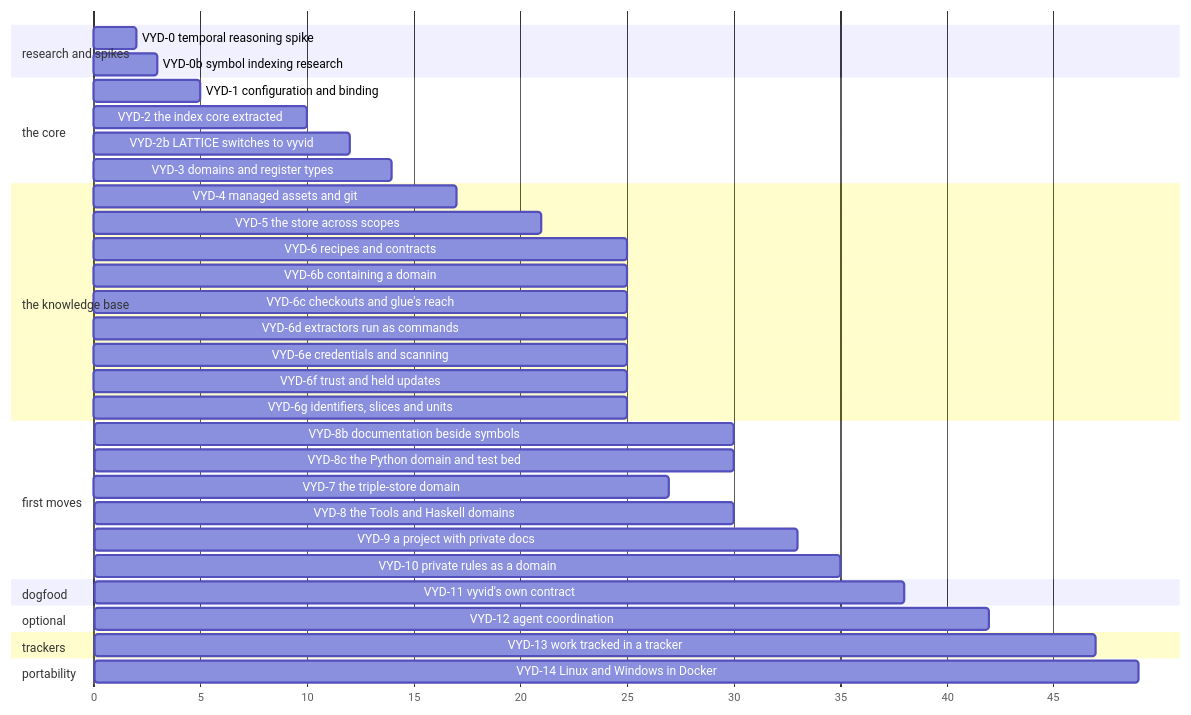
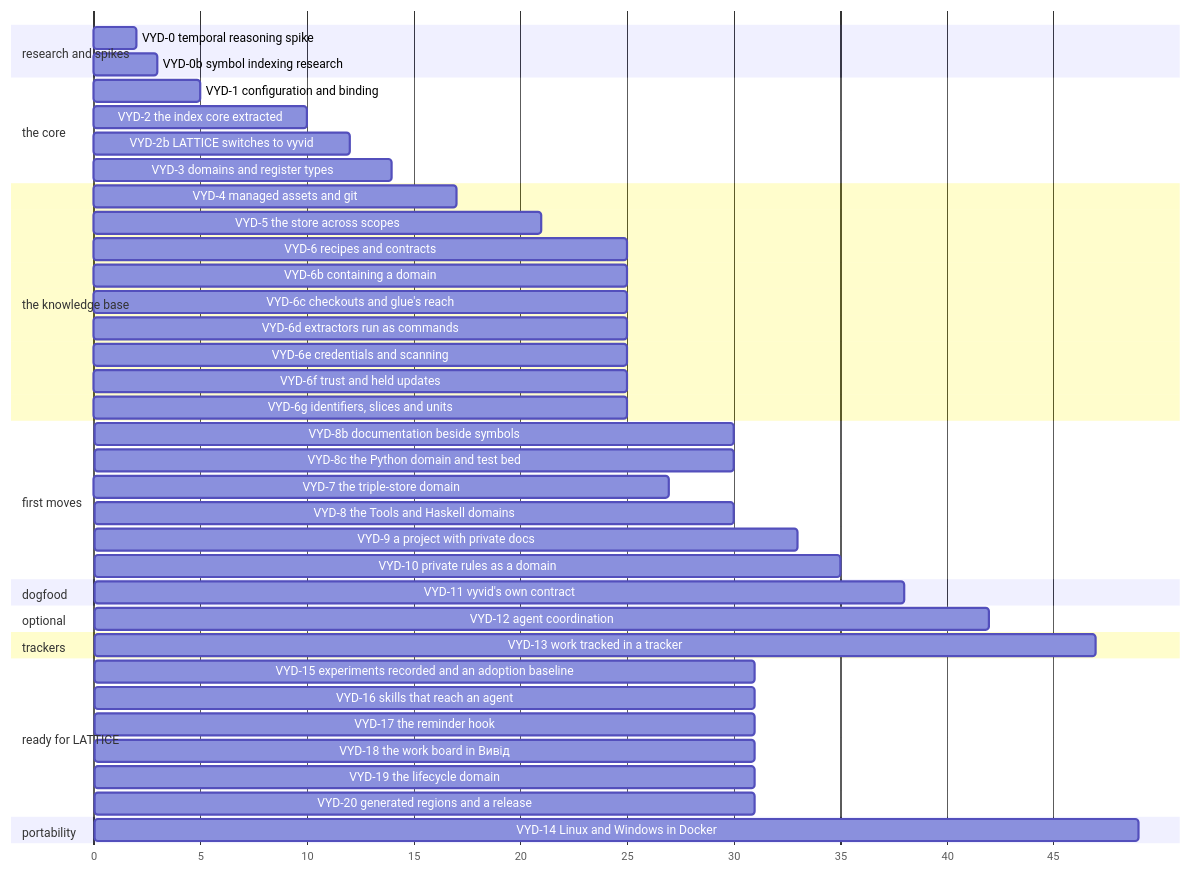
Before and after one commit to nebularis/vyvid: the diagram in docs/developer/plans/vyvid-framework.md, drawn with Mermaid. The commit also changed other lines of this file and 2 other files, not shown here.

Commit message:
Mark VYD-15 to VYD-20 building, the work before LATTICE's switch

````diff
--- a/docs/developer/plans/vyvid-framework.md
+++ b/docs/developer/plans/vyvid-framework.md
@@ -17,38 +17,45 @@
 ```mermaid
 gantt
   dateFormat X
   axisFormat %s
   section research and spikes
   VYD-0 temporal reasoning spike      :s0, 0, 2
   VYD-0b symbol indexing research     :s0b, 0, 3
   section the core
   VYD-1 configuration and binding     :s1, 2, 5
   VYD-2 the index core extracted      :s2, 5, 10
   VYD-2b LATTICE switches to vyvid    :s2b, 10, 12
   VYD-3 domains and register types    :s3, 10, 14
   section the knowledge base
   VYD-4 managed assets and git        :s4, 14, 17
   VYD-5 the store across scopes       :s5, 17, 21
   VYD-6 recipes and contracts         :s6, 21, 25
   VYD-6b containing a domain          :s6b, 25, 25
   VYD-6c checkouts and glue's reach   :s6c, 25, 25
   VYD-6d extractors run as commands   :s6d, 25, 25
   VYD-6e credentials and scanning     :s6e, 25, 25
   VYD-6f trust and held updates       :s6f, 25, 25
   VYD-6g identifiers, slices and units :s6g, 25, 25
   section first moves
   VYD-8b documentation beside symbols :s8b, 30, 30
   VYD-8c the Python domain and test bed :s8c, 30, 30
   VYD-7 the triple-store domain       :s7, 25, 27
   VYD-8 the Tools and Haskell domains :s8, 27, 30
   VYD-9 a project with private docs   :s9, 30, 33
   VYD-10 private rules as a domain   :s10, 33, 35
   section dogfood
   VYD-11 vyvid's own contract         :s11, 35, 38
   section optional
   VYD-12 agent coordination           :s12, 38, 42
   section trackers
   VYD-13 work tracked in a tracker    :s13, 42, 47
+  section ready for LATTICE
+  VYD-15 experiments recorded and an adoption baseline :s15, 30, 31
+  VYD-16 skills that reach an agent :s16, 30, 31
+  VYD-17 the reminder hook :s17, 30, 31
+  VYD-18 the work board in Вивід :s18, 30, 31
+  VYD-19 the lifecycle domain :s19, 30, 31
+  VYD-20 generated regions and a release :s20, 30, 31
   section portability
   VYD-14 Linux and Windows in Docker  :s14, 47, 49
 ```
````
